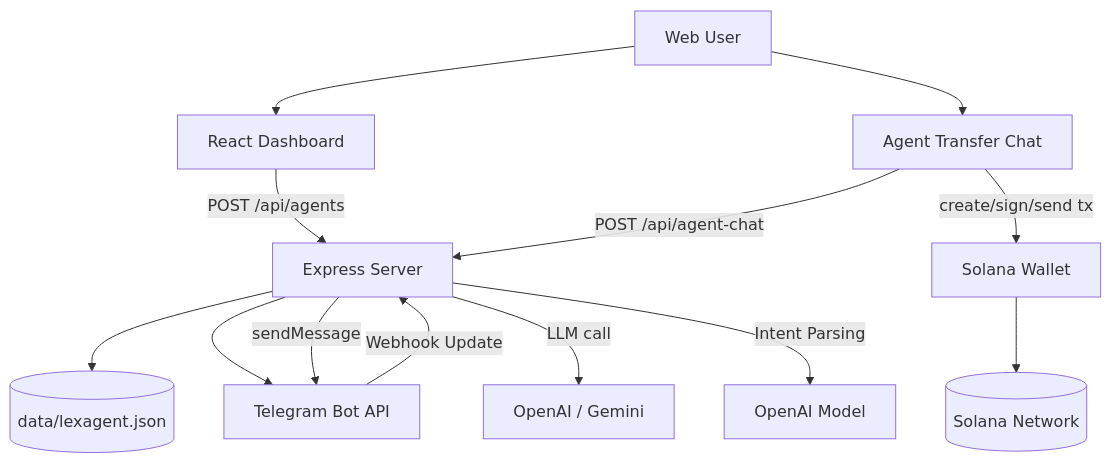
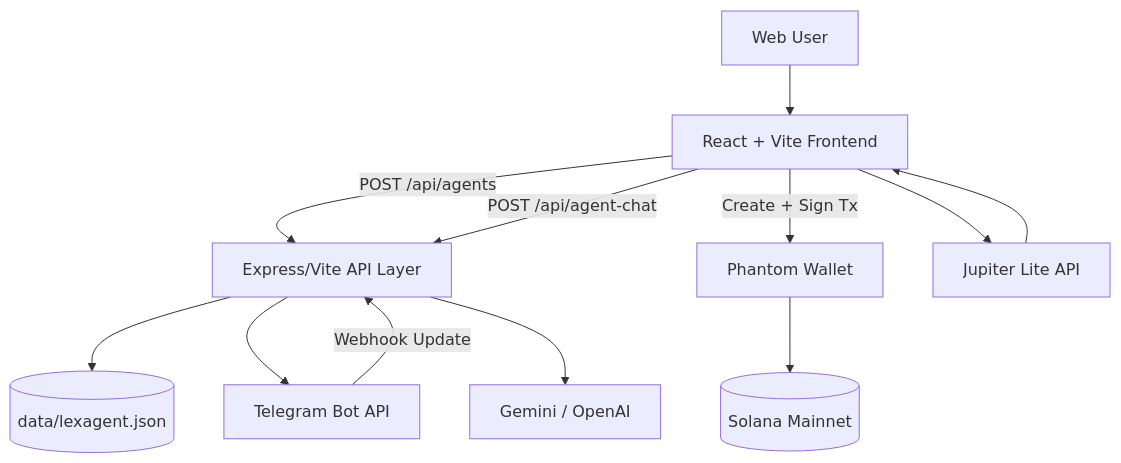
Before and after one commit to jennitsme/Lexagent: the diagram in README.md, drawn with Mermaid. The commit also changed other lines of this file, not shown here.

Commit message:
docs: deep rewrite README with architecture, flows, API reference, and roadmap

````diff
--- a/README.md
+++ b/README.md
@@ -118,16 +85,19 @@
 ```mermaid
 flowchart TD
-    U[Web User] --> F[React Dashboard]
-    F -->|POST /api/agents| B[Express Server]
-    B --> D[(data/lexagent.json)]
-    B --> T[Telegram Bot API]
-    T -->|Webhook Update| B
-    B -->|LLM call| L[OpenAI / Gemini]
-    B -->|sendMessage| T
+    U[Web User] --> FE[React + Vite Frontend]
 
-    U --> C[Agent Transfer Chat]
-    C -->|POST /api/agent-chat| B
-    B -->|Intent Parsing| O[OpenAI Model]
-    C -->|create/sign/send tx| S[Solana Wallet]
-    S --> N[(Solana Network)]
+    FE -->|POST /api/agents| API[Express/Vite API Layer]
+    FE -->|POST /api/agent-chat| API
+
+    API --> DB[(data/lexagent.json)]
+    API --> TG[Telegram Bot API]
+    TG -->|Webhook Update| API
+
+    API --> LLM[Gemini / OpenAI]
+
+    FE -->|Create + Sign Tx| W[Phantom Wallet]
+    W --> SOL[(Solana Mainnet)]
+
+    FE --> JUP[Jupiter Lite API]
+    JUP --> FE
 ```
````
